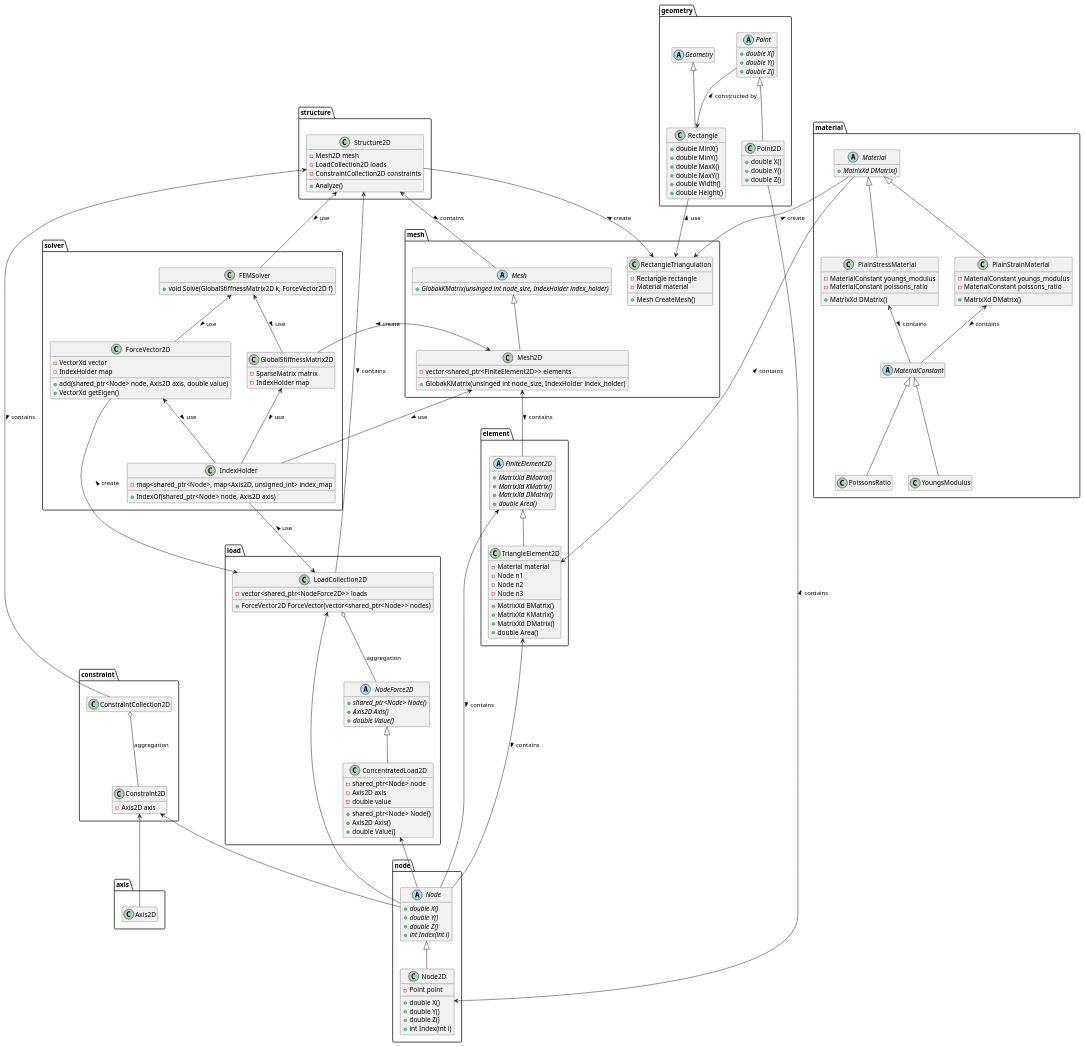
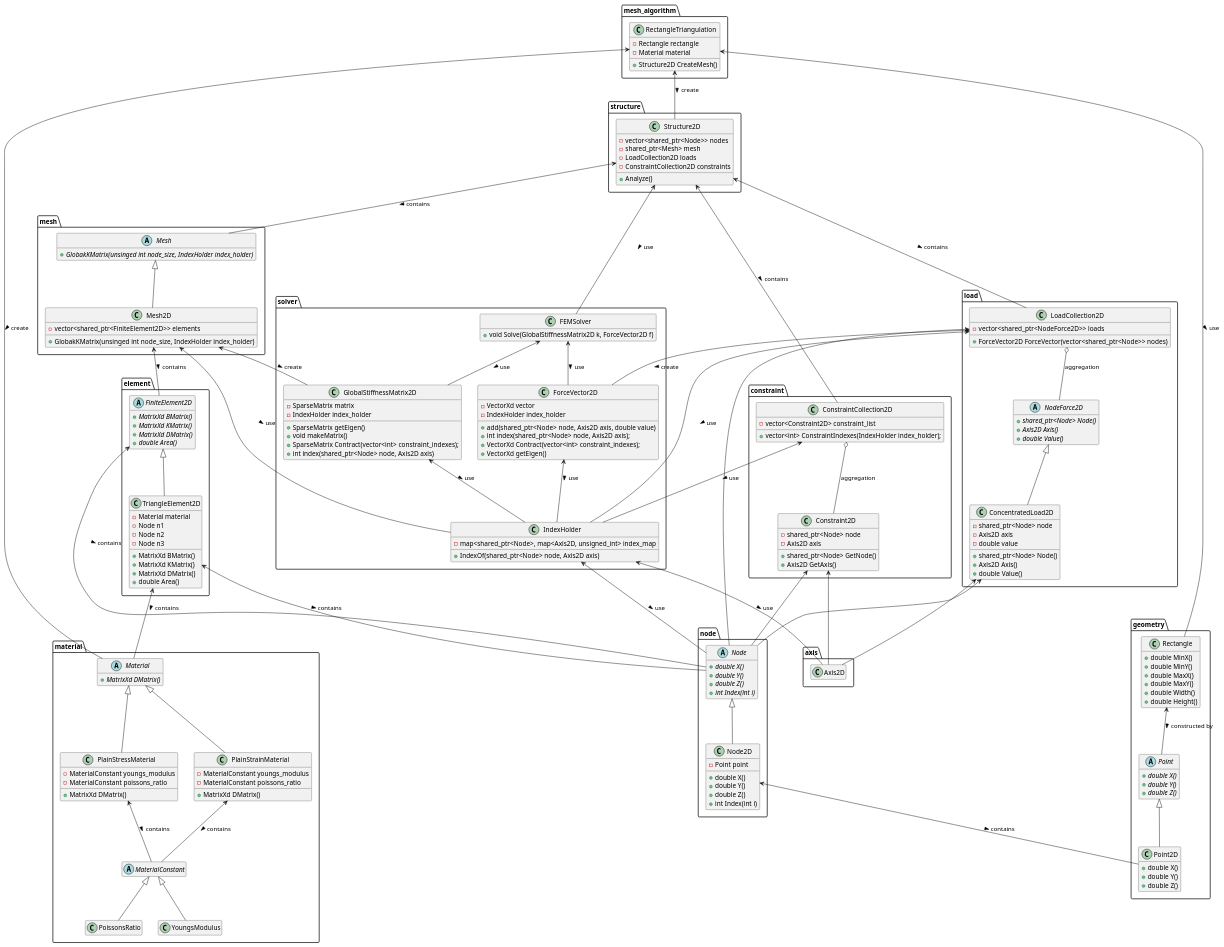
One commit to KotaTsuboi/fem changed the diagram in class_diagram.puml. Above: the diagram before and after it, drawn with PlantUML. The commit also changed 8 other files, not shown here.

```diff
--- a/class_diagram.puml
+++ b/class_diagram.puml
@@ -4,7 +4,8 @@
 
 package structure {
     class Structure2D {
-        - Mesh2D mesh
+        - vector<shared_ptr<Node>> nodes
+        - shared_ptr<Mesh> mesh
         - LoadCollection2D loads 
         - ConstraintCollection2D constraints
         + Analyze()
@@ -37,9 +38,14 @@
 
 package constraint {
     class ConstraintCollection2D {
+        - vector<Constraint2D> constraint_list
+        + vector<int> ConstraintIndexes(IndexHolder index_holder);
     }
     class Constraint2D {
+        - shared_ptr<Node> node
         - Axis2D axis
+        + shared_ptr<Node> GetNode()
+        + Axis2D GetAxis()
     }
 }
 
@@ -48,14 +54,20 @@
         + void Solve(GlobalStiffnessMatrix2D k, ForceVector2D f)
     }
     class GlobalStiffnessMatrix2D {
+        + SparseMatrix getEigen()
+        + void makeMatrix()
+        + SparseMatrix Contract(vector<int> constraint_indexes);
+        + int index(shared_ptr<Node> node, Axis2D axis)
         - SparseMatrix matrix
-        - IndexHolder map
+        - IndexHolder index_holder
     }
     class ForceVector2D {
         + add(shared_ptr<Node> node, Axis2D axis, double value)
+        + int index(shared_ptr<Node> node, Axis2D axis);
+        + VectorXd Contract(vector<int> constraint_indexes);
         + VectorXd getEigen()
         - VectorXd vector
-        - IndexHolder map
+        - IndexHolder index_holder
     }
     class IndexHolder {
         + IndexOf(shared_ptr<Node> node, Axis2D axis)
@@ -74,9 +86,7 @@
         + double Y()
         + double Z()
     }
-    abstract class Geometry {
-    }
-    class Rectangle extends Geometry {
+    class Rectangle {
         + double MinX()
         + double MinY()
         + double MaxX()
@@ -94,8 +104,11 @@
         - vector<shared_ptr<FiniteElement2D>> elements
         + GlobakKMatrix(unsinged int node_size, IndexHolder index_holder)
     }
+}
+
+package mesh_algorithm {
     class RectangleTriangulation {
-        + Mesh CreateMesh()
+        + Structure2D CreateMesh()
         - Rectangle rectangle
         - Material material
     }
@@ -155,34 +168,38 @@
     }
 }
 
-ConstraintCollection2D o-- Constraint2D : aggregation
 Constraint2D <-- Axis2D
 Constraint2D <-- Node
-Structure2D <-- Mesh : contains >
-Structure2D <-- ConstraintCollection2D : contains >
+ConstraintCollection2D o-- Constraint2D : aggregation
+ConstraintCollection2D <-- IndexHolder : use >
+ConcentratedLoad2D <-- Axis2D 
+ConcentratedLoad2D <-- Node
+FEMSolver <-- ForceVector2D : use >
+FEMSolver <-- GlobalStiffnessMatrix2D : use >
+ForceVector2D <-- IndexHolder : use >
+FiniteElement2D <-- Node : contains >
+GlobalStiffnessMatrix2D <-- IndexHolder : use >
+IndexHolder <-- Axis2D : use >
+IndexHolder <-- Node : use >
 LoadCollection2D o-- NodeForce2D : aggregation
-Structure2D <-- LoadCollection2D : contains >
-ForceVector2D --> LoadCollection2D : < create
-IndexHolder --> LoadCollection2D : < use
-Material --> RectangleTriangulation : < create
-Structure2D --> RectangleTriangulation : < create
+LoadCollection2D <-- ForceVector2D : create >
+LoadCollection2D <-- IndexHolder : use >
+LoadCollection2D <-- Node
 Mesh2D <-- GlobalStiffnessMatrix2D : create >
 Mesh2D <-- IndexHolder : use >
 Mesh2D <-- FiniteElement2D : contains >
-Point2D --> Node2D : < contains
-Rectangle --> RectangleTriangulation : < use
-Point --> Rectangle : < constructed by
-FiniteElement2D <-- Node : contains >
+Node2D <-- Point2D : contains >
+PlainStrainMaterial <-- MaterialConstant : contains >
+PlainStressMaterial <-- MaterialConstant : contains >
+Rectangle <-- Point : constructed by >
+RectangleTriangulation <-- Material : create >
+RectangleTriangulation <-- Structure2D : create >
+RectangleTriangulation <-- Rectangle : use >
+Structure2D <-- Mesh : contains >
+Structure2D <-- ConstraintCollection2D : contains >
+Structure2D <-- LoadCollection2D : contains >
+Structure2D <-- FEMSolver : use >
 TriangleElement2D <-- Node : contains >
 TriangleElement2D <-- Material : contains >
-PlainStrainMaterial <-- MaterialConstant : contains >
-PlainStressMaterial <-- MaterialConstant : contains >
-LoadCollection2D <-- Node
-ConcentratedLoad2D <-- Node
-FEMSolver --> Structure2D : < use
-FEMSolver <-- ForceVector2D : use >
-FEMSolver <-- GlobalStiffnessMatrix2D : use >
-ForceVector2D <-- IndexHolder : use >
-GlobalStiffnessMatrix2D <-- IndexHolder : use >
 
 @enduml
```
